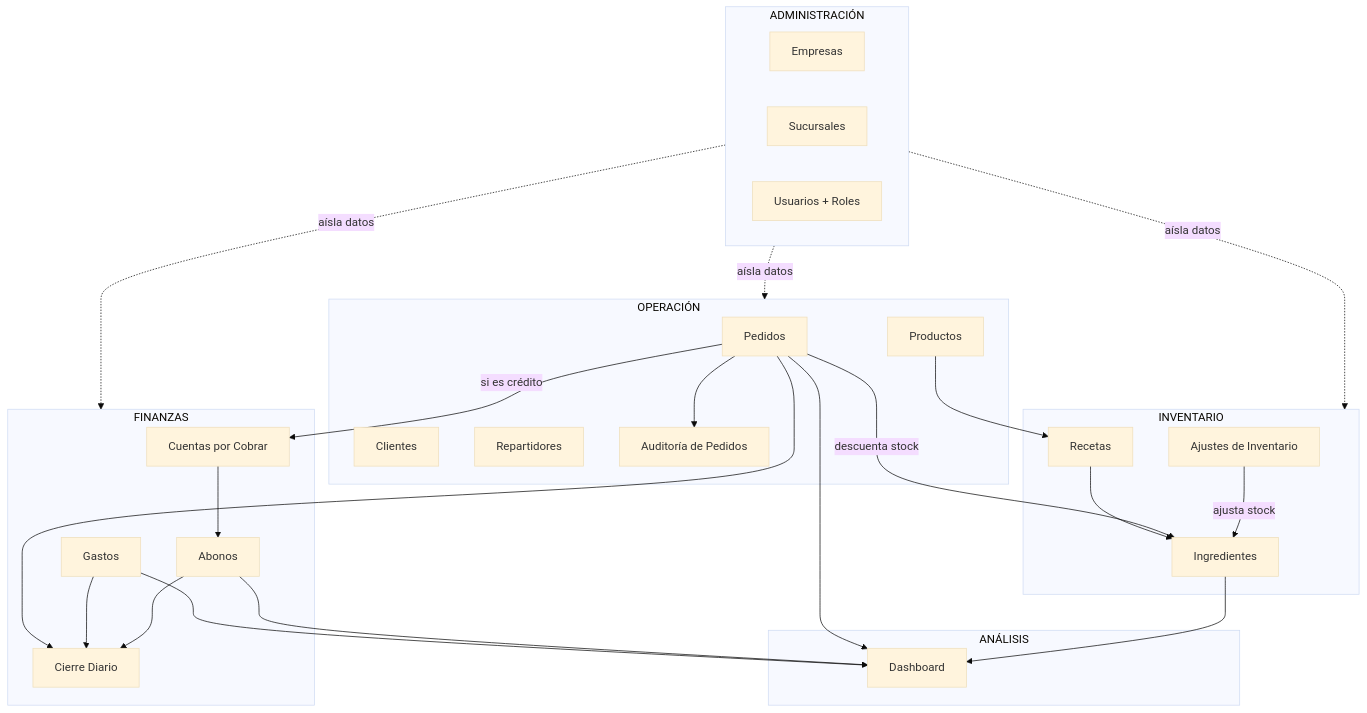
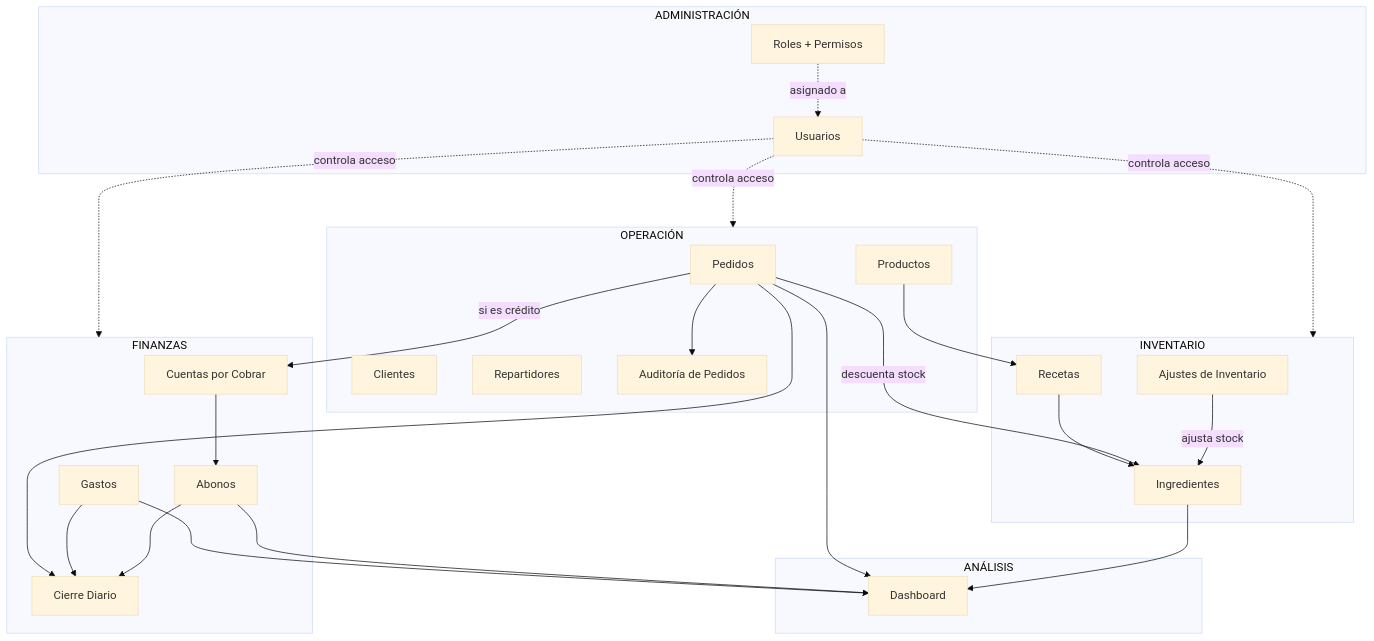
One commit to luisenriquesinisterraperez-design/stockmaster_davirapid changed the first of 12 diagrams in docs/SISTEMA-DAVI-RAPI.md. Above: the diagram before and after it, drawn with Mermaid (base theme). The commit also changed other lines of this file, not shown here.

Commit message:
Actualizar la especificación funcional del sistema DAVI RAPI: simplificar la sección de administración, redefinir el módulo de roles y permisos, y ajustar la estructura de los módulos para mejorar la claridad y la organización.

````diff
--- a/docs/SISTEMA-DAVI-RAPI.md
+++ b/docs/SISTEMA-DAVI-RAPI.md
@@ -23,51 +23,50 @@
 ```mermaid
 flowchart TB
     subgraph ADMIN[ADMINISTRACIÓN]
-        EMP[Empresas]
-        SUC[Sucursales]
-        USR[Usuarios + Roles]
+        USR[Usuarios]
+        ROL[Roles + Permisos]
     end
 
     subgraph OP[OPERACIÓN]
         PED[Pedidos]
         PRD[Productos]
         CLI[Clientes]
         REP[Repartidores]
         LOG[Auditoría de Pedidos]
     end
 
     subgraph INV[INVENTARIO]
         ING[Ingredientes]
         REC[Recetas]
         AJU[Ajustes de Inventario]
     end
 
     subgraph FIN[FINANZAS]
         GAS[Gastos]
         CXC[Cuentas por Cobrar]
         ABO[Abonos]
         CIE[Cierre Diario]
     end
 
     subgraph ANA[ANÁLISIS]
         DASH[Dashboard]
     end
 
-    ADMIN -.aísla datos.-> OP
-    ADMIN -.aísla datos.-> INV
-    ADMIN -.aísla datos.-> FIN
-
     PRD --> REC --> ING
     PED -- descuenta stock --> ING
     AJU -- ajusta stock --> ING
     PED -- si es crédito --> CXC
     CXC --> ABO
     PED --> LOG
     PED --> CIE
     GAS --> CIE
     ABO --> CIE
     PED --> DASH
     GAS --> DASH
     ABO --> DASH
     ING --> DASH
+    ROL -. asignado a .-> USR
+    USR -. controla acceso .-> OP
+    USR -. controla acceso .-> INV
+    USR -. controla acceso .-> FIN
 ```
````
